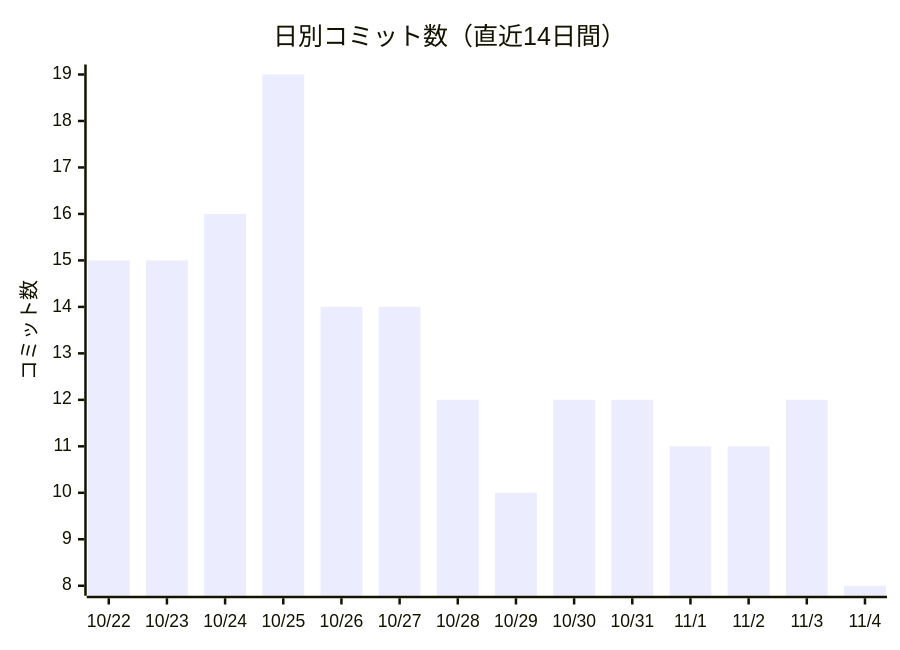
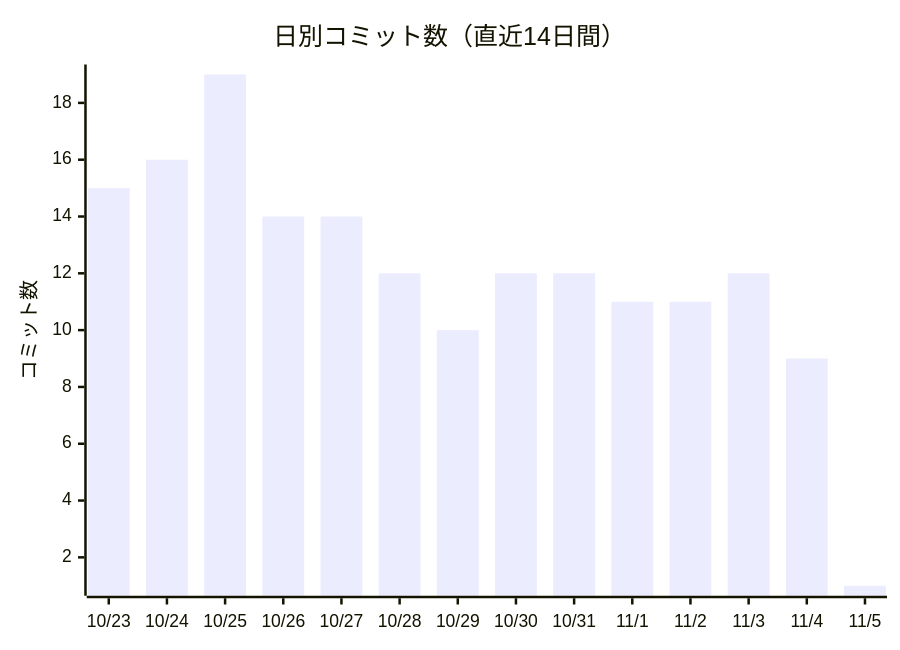
The first of 2 diagrams in docs/進化レポート.md (non-x2/non-x2), drawn with Mermaid before and after one commit. The commit also changed other lines of this file and 3 other files, not shown here.

````diff
--- a/docs/進化レポート.md
+++ b/docs/進化レポート.md
@@ -23,7 +23,7 @@
 ```mermaid
 xychart-beta
     title "日別コミット数（直近14日間）"
-    x-axis ["10/22", "10/23", "10/24", "10/25", "10/26", "10/27", "10/28", "10/29", "10/30", "10/31", "11/1", "11/2", "11/3", "11/4"]
+    x-axis ["10/23", "10/24", "10/25", "10/26", "10/27", "10/28", "10/29", "10/30", "10/31", "11/1", "11/2", "11/3", "11/4", "11/5"]
     y-axis "コミット数"
-    bar [15, 15, 16, 19, 14, 14, 12, 10, 12, 12, 11, 11, 12, 8]
+    bar [15, 16, 19, 14, 14, 12, 10, 12, 12, 11, 11, 12, 9, 1]
 ```
````
